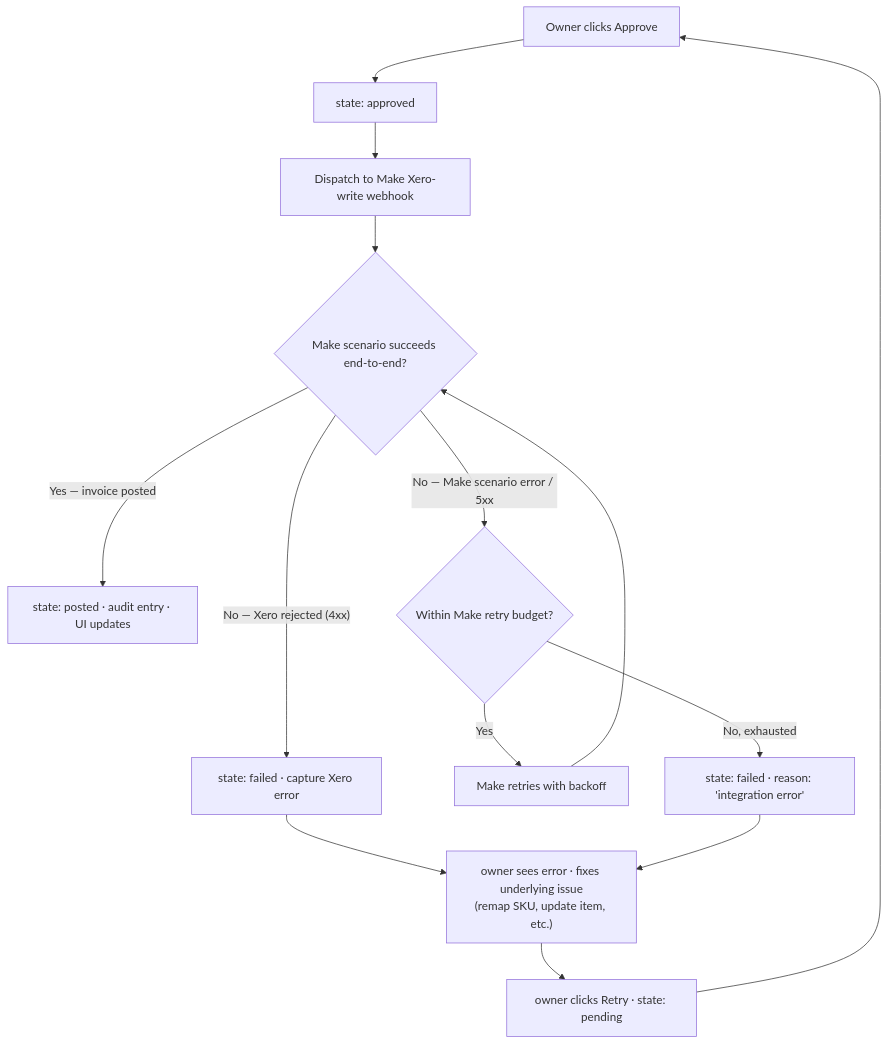
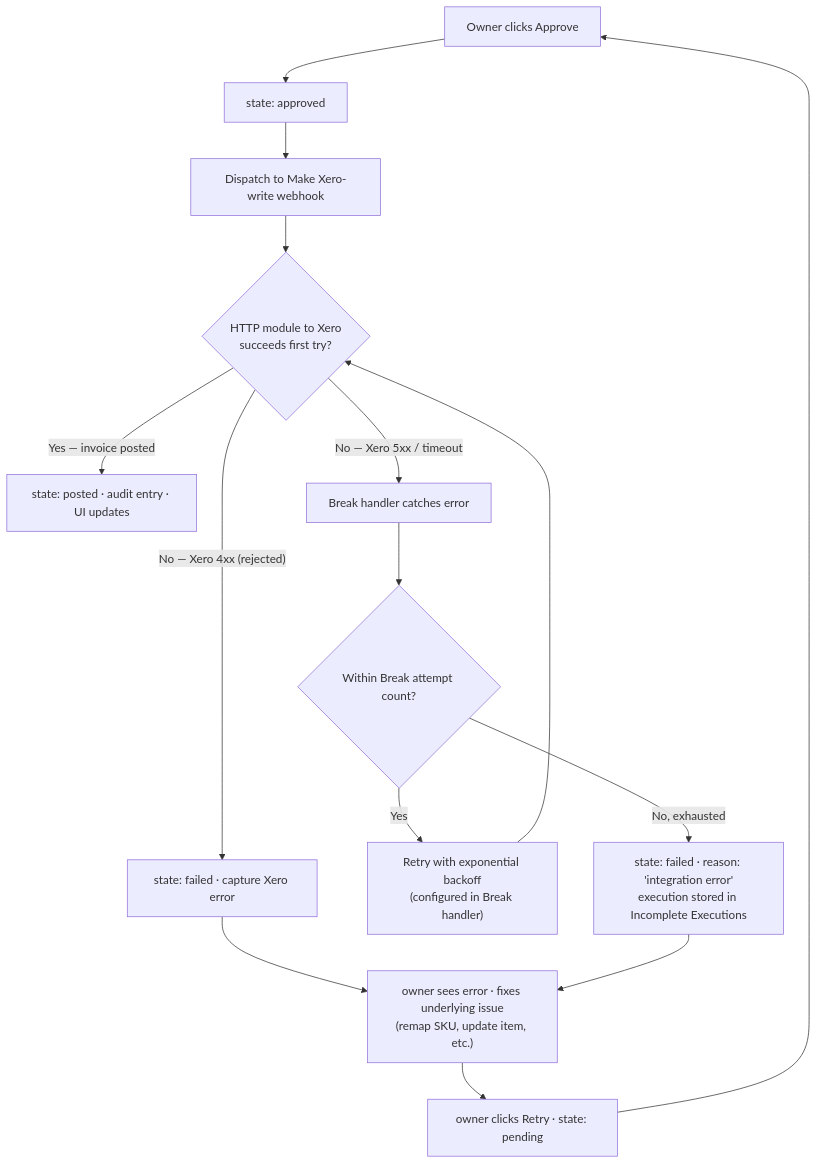
One commit to fkhawajagh/lbkmk changed the ninth of 12 diagrams in docs/solution-proposal.md. Above: the diagram before and after it, drawn with Mermaid. The commit also changed other lines of this file and 2 other files, not shown here.

First line of the commit message:
docs: update proposal and domain model to v0.2 from integration findings

````diff
--- a/docs/solution-proposal.md
+++ b/docs/solution-proposal.md
@@ -305,16 +319,17 @@
 ```mermaid
 flowchart TD
     A[Owner clicks Approve] --> B[state: approved]
     B --> C[Dispatch to Make Xero-write webhook]
-    C --> D{Make scenario succeeds end-to-end?}
+    C --> D{HTTP module to Xero<br/>succeeds first try?}
     D -->|Yes — invoice posted| E[state: posted · audit entry · UI updates]
-    D -->|"No — Xero rejected (4xx)"| F[state: failed · capture Xero error]
-    D -->|"No — Make scenario error / 5xx"| G{Within Make retry budget?}
-    G -->|Yes| H[Make retries with backoff]
-    G -->|"No, exhausted"| I[state: failed · reason: 'integration error']
-    F --> J["owner sees error · fixes underlying issue<br/>(remap SKU, update item, etc.)"]
-    J --> K[owner clicks Retry · state: pending]
-    K --> A
-    I --> J
-    H --> D
+    D -->|"No — Xero 4xx (rejected)"| F[state: failed · capture Xero error]
+    D -->|"No — Xero 5xx / timeout"| G[Break handler catches error]
+    G --> H{Within Break attempt count?}
+    H -->|Yes| I["Retry with exponential backoff<br/>(configured in Break handler)"]
+    H -->|"No, exhausted"| J["state: failed · reason: 'integration error'<br/>execution stored in Incomplete Executions"]
+    I --> D
+    F --> K["owner sees error · fixes underlying issue<br/>(remap SKU, update item, etc.)"]
+    K --> L[owner clicks Retry · state: pending]
+    L --> A
+    J --> K
 ```
````
